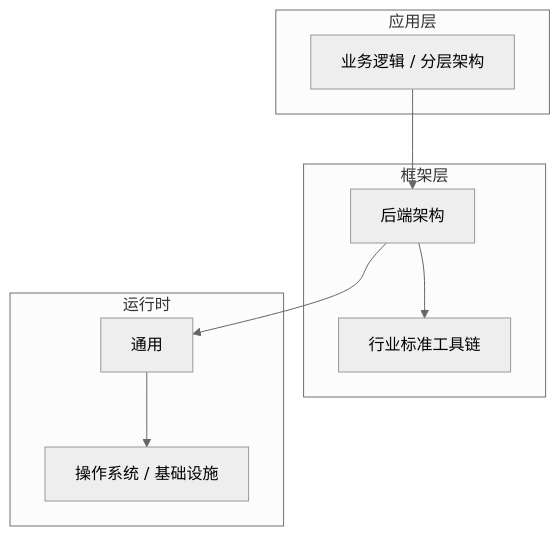
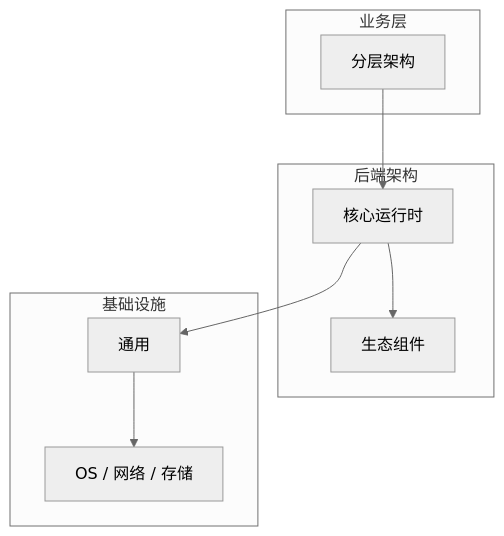
The diagram in articles/后端架构/chapters/016-分层架构核心概念与原理.md (yanggan2015/knowledge-json-v2), drawn with Mermaid (neutral theme) before and after one commit. The commit also changed other lines of this file and 10127 other files, not shown here.

````diff
--- a/articles/后端架构/chapters/016-分层架构核心概念与原理.md
+++ b/articles/后端架构/chapters/016-分层架构核心概念与原理.md
@@ -45,18 +34,18 @@
 ```mermaid
 graph TB
-    subgraph 应用层
-        A[业务逻辑 / 分层架构]
+    subgraph 业务层
+        A[分层架构]
     end
-    subgraph 框架层
-        B[后端架构]
-        C[行业标准工具链]
+    subgraph 后端架构
+        B[核心运行时]
+        C[生态组件]
     end
-    subgraph 运行时
+    subgraph 基础设施
         D[通用]
-        E[操作系统 / 基础设施]
+        E[OS / 网络 / 存储]
     end
     A --> B
     B --> C
     B --> D
     D --> E
 ```
````
